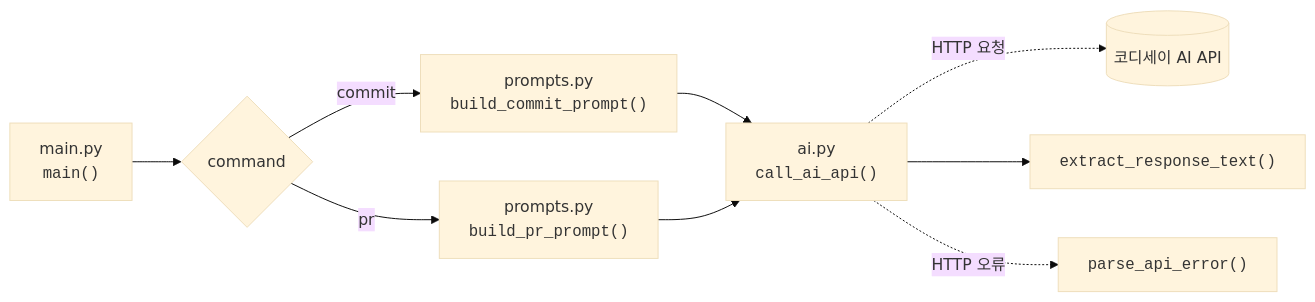
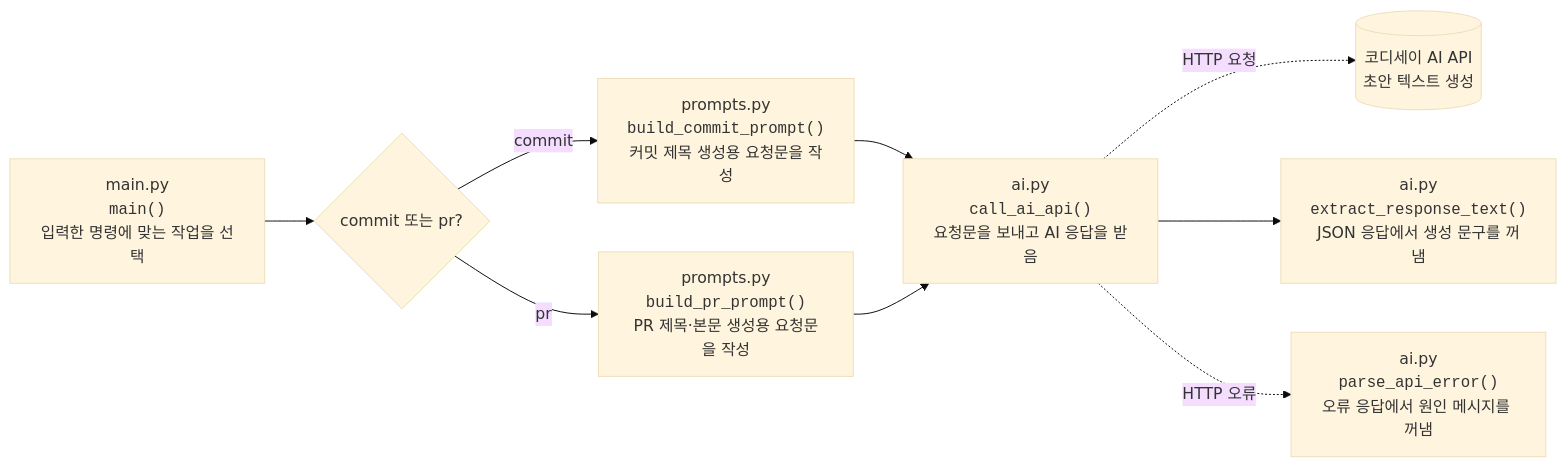
Before and after one commit to bllancck/B3-2.git-ai-generator: the second of 4 diagrams in docs/design/function-call-flow.md, drawn with Mermaid (base theme). The commit also changed other lines of this file and 1 other file, not shown here.

Commit message:
docs: clarify function call diagrams

````diff
--- a/docs/design/function-call-flow.md
+++ b/docs/design/function-call-flow.md
@@ -31,12 +40,12 @@
 ```mermaid
 flowchart LR
-    Main["main.py<br/><code>main()</code>"] --> Command{"command"}
-    Command -->|commit| CommitPrompt["prompts.py<br/><code>build_commit_prompt()</code>"]
-    Command -->|pr| PRPrompt["prompts.py<br/><code>build_pr_prompt()</code>"]
-    CommitPrompt --> CallAI["ai.py<br/><code>call_ai_api()</code>"]
+    Main["main.py<br/><code>main()</code><br/>입력한 명령에 맞는 작업을 선택"] --> Command{"commit 또는 pr?"}
+    Command -->|commit| CommitPrompt["prompts.py<br/><code>build_commit_prompt()</code><br/>커밋 제목 생성용 요청문을 작성"]
+    Command -->|pr| PRPrompt["prompts.py<br/><code>build_pr_prompt()</code><br/>PR 제목·본문 생성용 요청문을 작성"]
+    CommitPrompt --> CallAI["ai.py<br/><code>call_ai_api()</code><br/>요청문을 보내고 AI 응답을 받음"]
     PRPrompt --> CallAI
 
-    CallAI -. HTTP 요청 .-> API[("코디세이 AI API")]
-    CallAI --> Extract["<code>extract_response_text()</code>"]
-    CallAI -. HTTP 오류 .-> ParseError["<code>parse_api_error()</code>"]
+    CallAI -. HTTP 요청 .-> API[("코디세이 AI API<br/>초안 텍스트 생성")]
+    CallAI --> Extract["ai.py<br/><code>extract_response_text()</code><br/>JSON 응답에서 생성 문구를 꺼냄"]
+    CallAI -. HTTP 오류 .-> ParseError["ai.py<br/><code>parse_api_error()</code><br/>오류 응답에서 원인 메시지를 꺼냄"]
 ```
````
